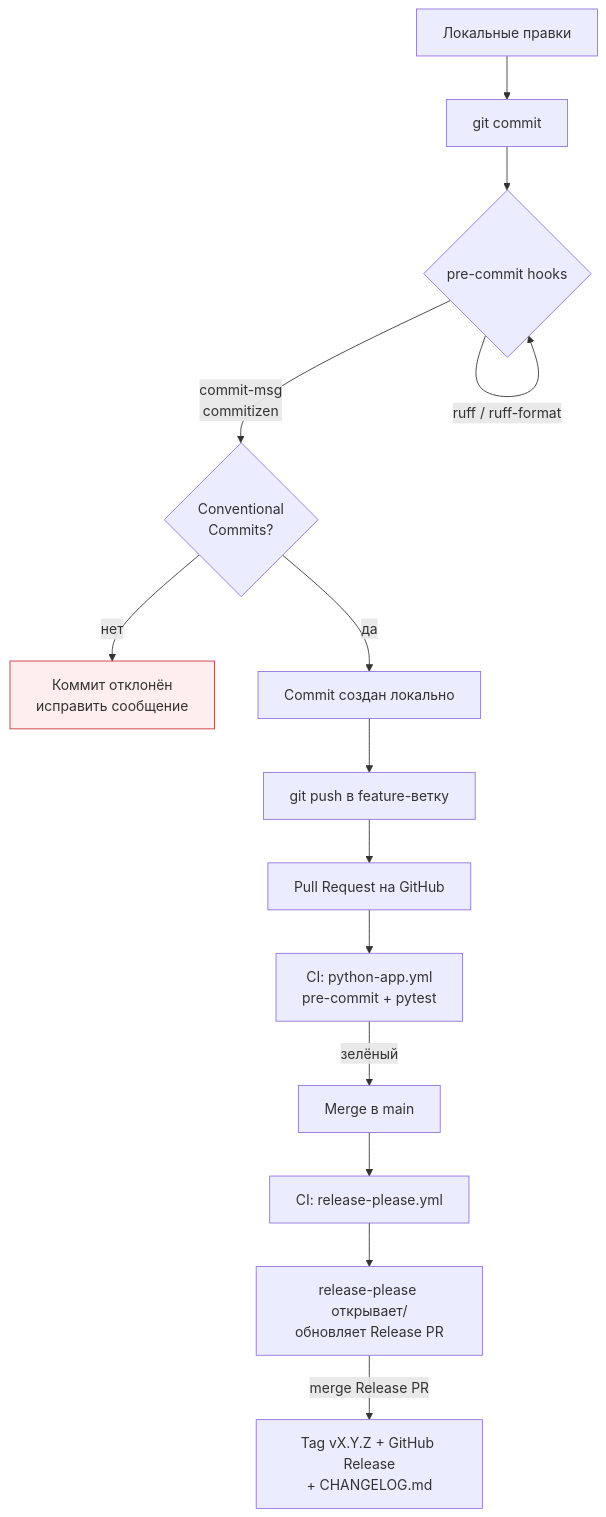
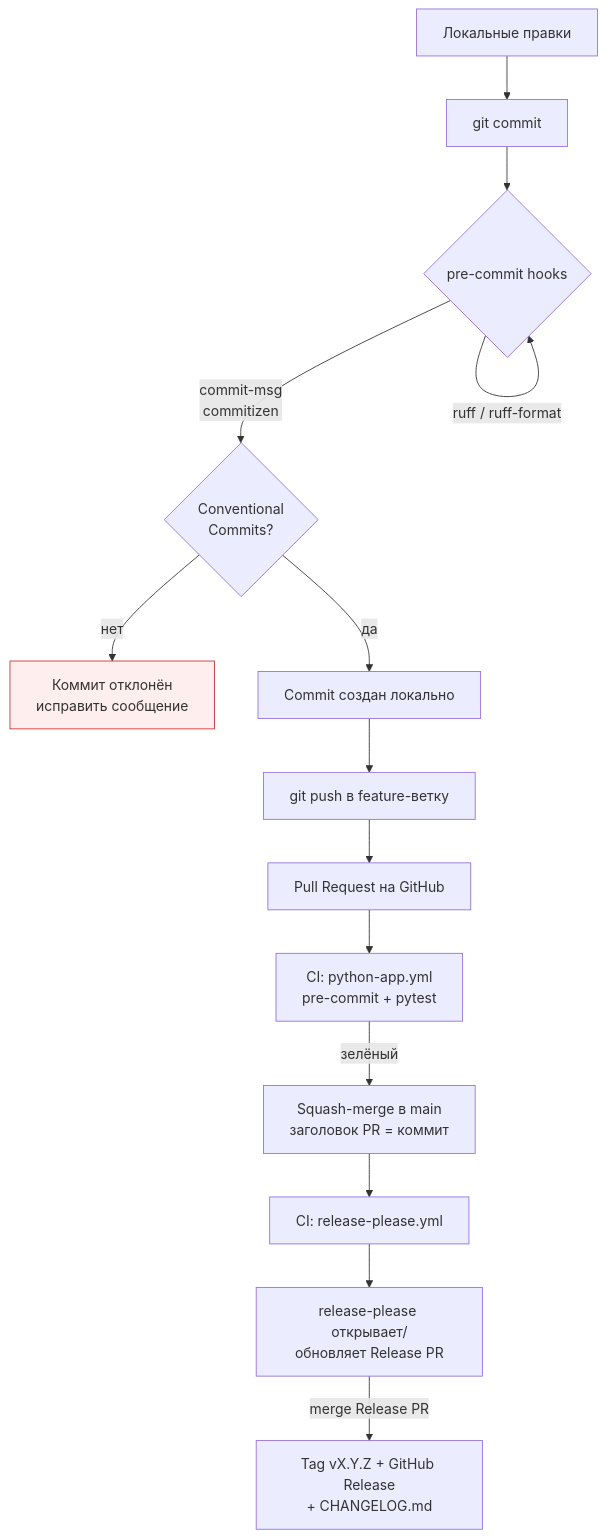
One commit to k0te1ch/DialogEngine changed the first of 4 diagrams in docs/WORKFLOW.md. Above: the diagram before and after it, drawn with Mermaid. The commit also changed other lines of this file and 3 other files, not shown here.

````diff
--- a/docs/WORKFLOW.md
+++ b/docs/WORKFLOW.md
@@ -13,19 +15,19 @@
 ```mermaid
 flowchart TD
     A[Локальные правки] --> B[git commit]
     B --> C{pre-commit hooks}
     C -- ruff / ruff-format --> C
     C -- commit-msg<br/>commitizen --> D{Conventional<br/>Commits?}
     D -- нет --> X[Коммит отклонён<br/>исправить сообщение]
     D -- да --> E[Commit создан локально]
     E --> F[git push в feature-ветку]
     F --> G[Pull Request на GitHub]
     G --> H[CI: python-app.yml<br/>pre-commit + pytest]
-    H -- зелёный --> I[Merge в main]
+    H -- зелёный --> I[Squash-merge в main<br/>заголовок PR = коммит]
     I --> J[CI: release-please.yml]
     J --> K[release-please открывает/<br/>обновляет Release PR]
     K -- merge Release PR --> L[Tag vX.Y.Z + GitHub Release<br/>+ CHANGELOG.md]
 
     classDef bad fill:#fee,stroke:#c33;
     class X bad;
 ```
````
